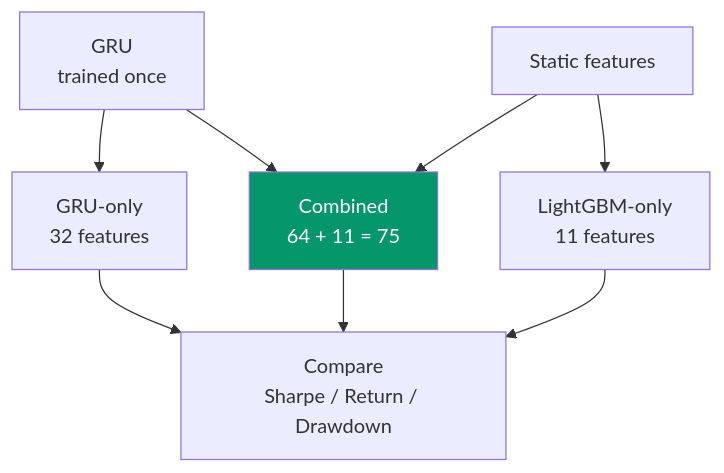
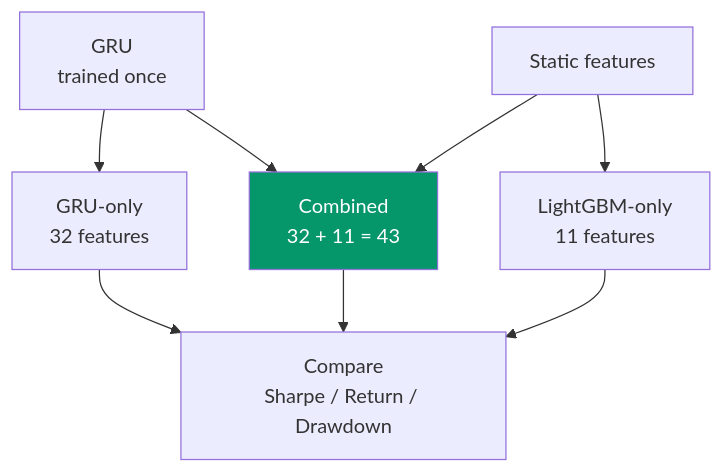
The second of 2 diagrams in docs/EVALUATION.md (ultimateBroK/thesis-hybrid-stacking), drawn with Mermaid before and after one commit. The commit also changed other lines of this file and 3 other files, not shown here.

````diff
--- a/docs/EVALUATION.md
+++ b/docs/EVALUATION.md
@@ -217,13 +432,13 @@
 ```mermaid
 flowchart TD
     GRU["GRU<br/>trained once"] --> A["GRU-only<br/>32 features"]
-    GRU --> B["Combined<br/>64 + 11 = 75"]
+    GRU --> B["Combined<br/>32 + 11 = 43"]
     STATIC["Static features"] --> C["LightGBM-only<br/>11 features"]
     STATIC --> B
 
     A --> CMP["Compare<br/>Sharpe / Return / Drawdown"]
     B --> CMP
     C --> CMP
 
     style B fill:#059669,color:#fff
 ```
````
